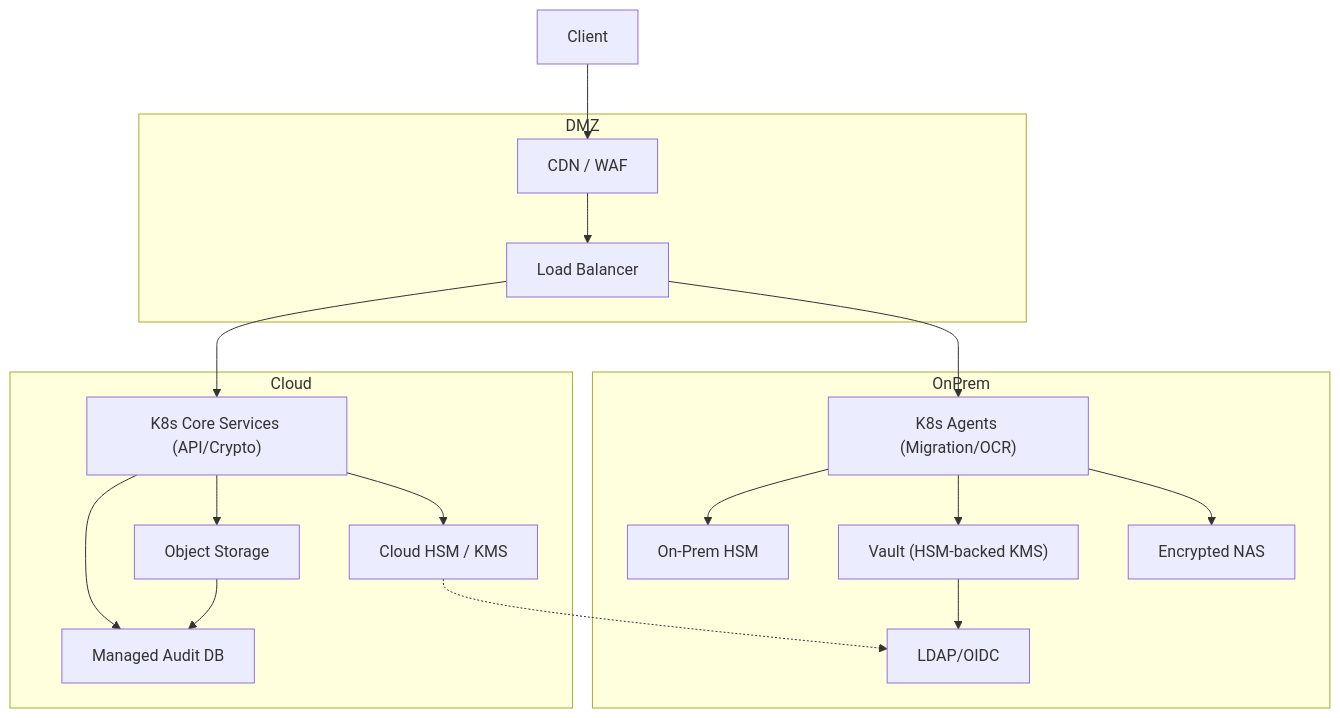
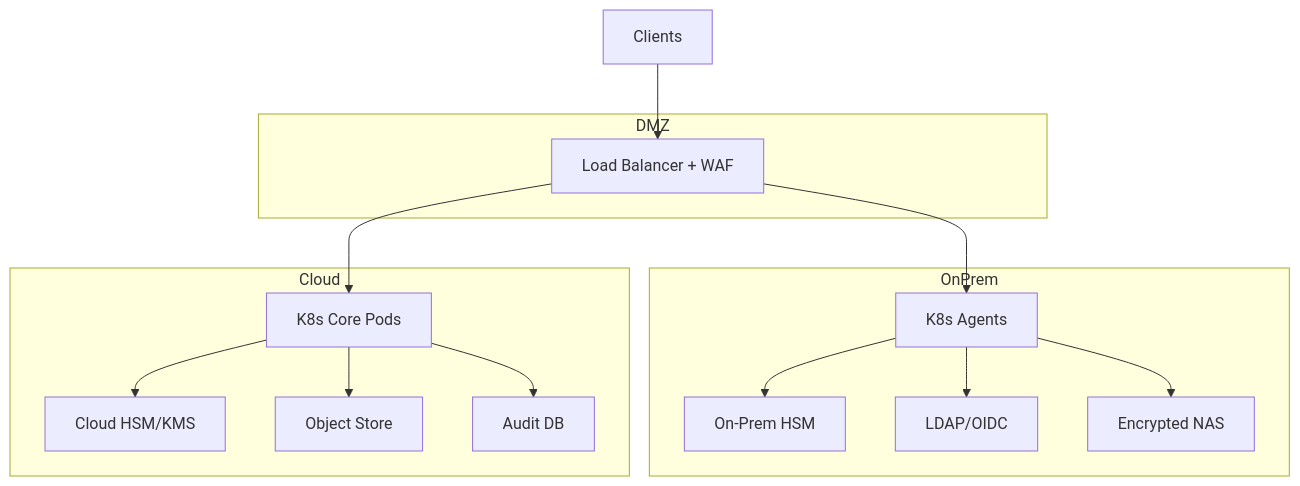
Before and after one commit to Sharvil2704/SNDL_shield: the third of 4 diagrams in design.md, drawn with Mermaid. The commit also changed other lines of this file, not shown here.

````diff
--- a/design.md
+++ b/design.md
@@ -164,35 +103,21 @@
 ```mermaid
 flowchart TB
   subgraph DMZ
-    CDN["CDN / WAF"]
-    LB["Load Balancer"]
+    LB["Load Balancer + WAF"]
   end
-
   subgraph OnPrem
-    K8sOn["K8s Agents (Migration/OCR)"]
-    HSMOn["On-Prem HSM"]
-    Vault["Vault (HSM-backed KMS)"]
+    K8sOn["K8s Agents"]
+    HSMOn["On‑Prem HSM"]
     LDAP["LDAP/OIDC"]
     NAS["Encrypted NAS"]
   end
-
   subgraph Cloud
-    K8sCloud["K8s Core Services (API/Crypto)"]
-    KMS["Cloud HSM / KMS"]
-    Store["Object Storage"]
-    DB["Managed Audit DB"]
+    K8sCloud["K8s Core Pods"]
+    KMS["Cloud HSM/KMS"]
+    Obj["Object Store"]
+    DB["Audit DB"]
   end
-
-  Client-->CDN-->LB
-  LB-->K8sOn
-  LB-->K8sCloud
-  K8sOn-->HSMOn
-  K8sOn-->Vault
-  K8sOn-->NAS
-  K8sCloud-->KMS
-  K8sCloud-->Store
-  K8sCloud-->DB
-  Vault-->LDAP
-  KMS-.->LDAP
-  Store-->DB
+  Clients --> LB --> K8sOn & K8sCloud
+  K8sOn --> HSMOn & LDAP & NAS
+  K8sCloud --> KMS & Obj & DB
 ```
````
